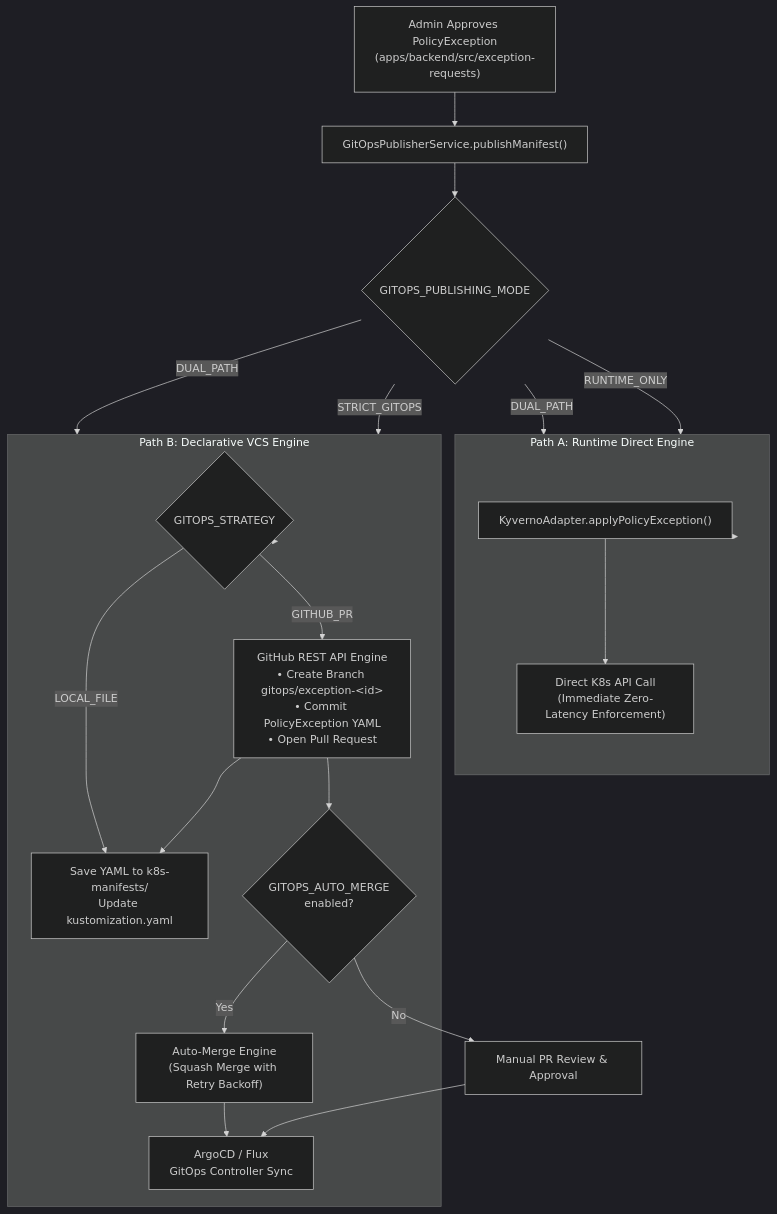
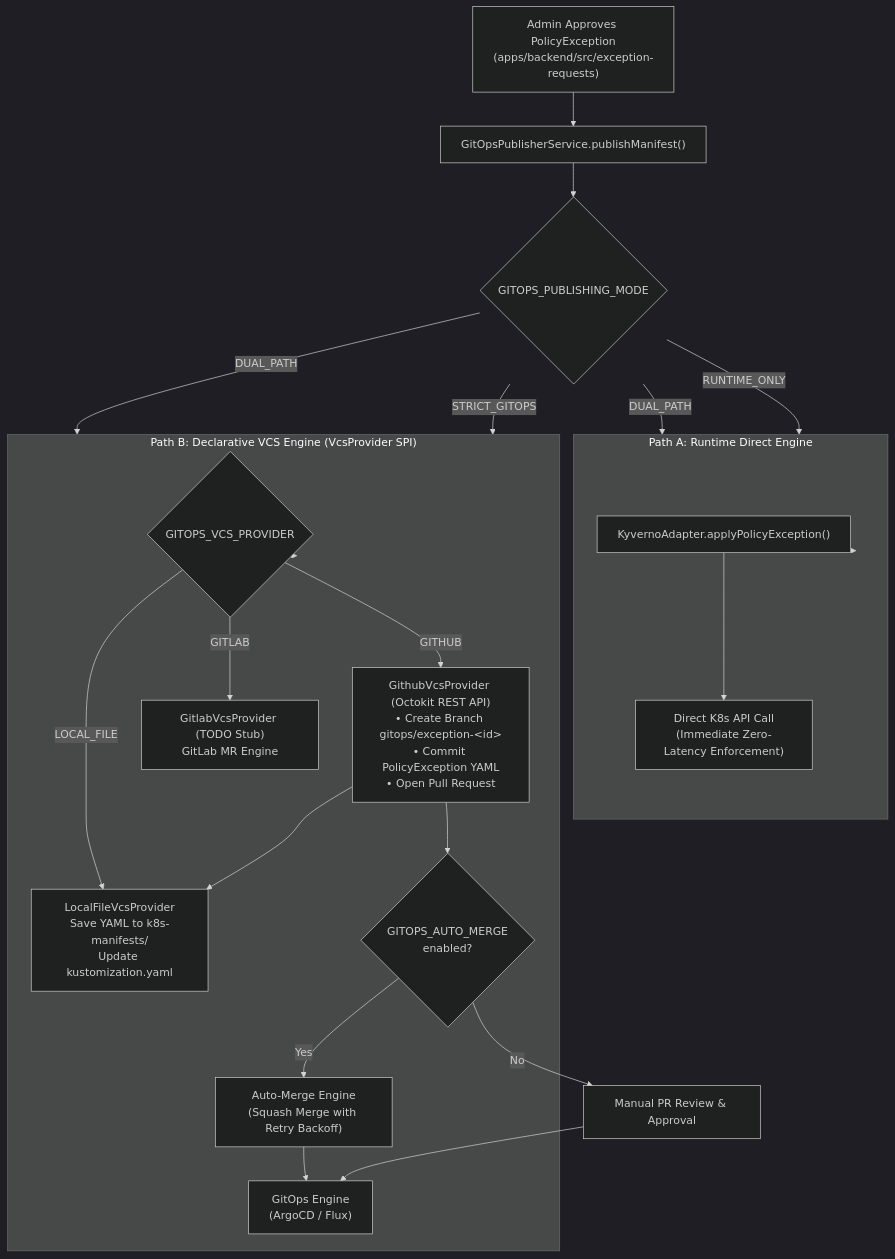
One commit to pnucse-capstone2026/capstone-2026-team-30 changed the fourth of 5 diagrams in docs/readme_drafts/ch4_ai_simulation_gitops.md. Above: the diagram before and after it, drawn with Mermaid (dark theme). The commit also changed other lines of this file and 3 other files, not shown here.

First line of the commit message:
docs(architecture): document pluggable vendor decoupling SPI architecture and provider extension guide

````diff
--- a/docs/readme_drafts/ch4_ai_simulation_gitops.md
+++ b/docs/readme_drafts/ch4_ai_simulation_gitops.md
@@ -445,40 +449,42 @@
 ```mermaid
 flowchart TD
     Approval["Admin Approves PolicyException<br/>(apps/backend/src/exception-requests)"]
     GitOpsSvc["GitOpsPublisherService.publishManifest()"]
     Mode{"GITOPS_PUBLISHING_MODE"}
 
     subgraph RuntimeBranch["Path A: Runtime Direct Engine"]
         K8sAdapter["KyvernoAdapter.applyPolicyException()"]
         DirectApply["Direct K8s API Call<br/>(Immediate Zero-Latency Enforcement)"]
     end
 
-    subgraph GitOpsBranch["Path B: Declarative VCS Engine"]
-        Strategy{"GITOPS_STRATEGY"}
-        LocalSync["Save YAML to k8s-manifests/<br/>Update kustomization.yaml"]
-        GitHubFlow["GitHub REST API Engine<br/>• Create Branch gitops/exception-&lt;id&gt;<br/>• Commit PolicyException YAML<br/>• Open Pull Request"]
+    subgraph GitOpsBranch["Path B: Declarative VCS Engine (VcsProvider SPI)"]
+        Strategy{"GITOPS_VCS_PROVIDER"}
+        LocalSync["LocalFileVcsProvider<br/>Save YAML to k8s-manifests/<br/>Update kustomization.yaml"]
+        GitHubFlow["GithubVcsProvider (Octokit REST API)<br/>• Create Branch gitops/exception-&lt;id&gt;<br/>• Commit PolicyException YAML<br/>• Open Pull Request"]
+        GitLabFlow["GitlabVcsProvider (TODO Stub)<br/>GitLab MR Engine"]
         AutoMergeCheck{"GITOPS_AUTO_MERGE<br/>enabled?"}
         AutoMergeExec["Auto-Merge Engine<br/>(Squash Merge with Retry Backoff)"]
-        ArgoSync["ArgoCD / Flux<br/>GitOps Controller Sync"]
+        ArgoSync["GitOps Engine<br/>(ArgoCD / Flux)"]
     end
 
     Approval --> GitOpsSvc
     GitOpsSvc --> Mode
 
     Mode -- DUAL_PATH --> RuntimeBranch
     Mode -- DUAL_PATH --> GitOpsBranch
     Mode -- STRICT_GITOPS --> GitOpsBranch
     Mode -- RUNTIME_ONLY --> RuntimeBranch
 
     RuntimeBranch --> K8sAdapter --> DirectApply
     
     GitOpsBranch --> Strategy
     Strategy -- LOCAL_FILE --> LocalSync
-    Strategy -- GITHUB_PR --> GitHubFlow
+    Strategy -- GITHUB --> GitHubFlow
+    Strategy -- GITLAB --> GitLabFlow
     GitHubFlow --> LocalSync
     GitHubFlow --> AutoMergeCheck
     AutoMergeCheck -- Yes --> AutoMergeExec
     AutoMergeCheck -- No --> DeveloperReview["Manual PR Review & Approval"]
     AutoMergeExec --> ArgoSync
     DeveloperReview --> ArgoSync
 ```
````
